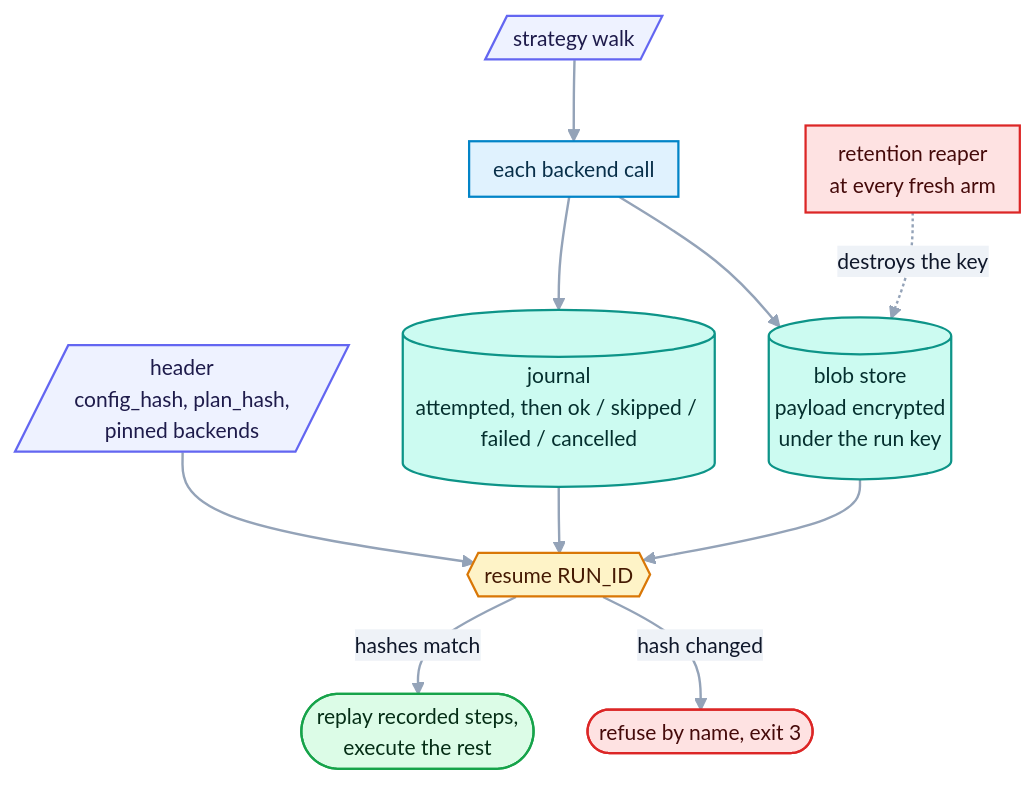
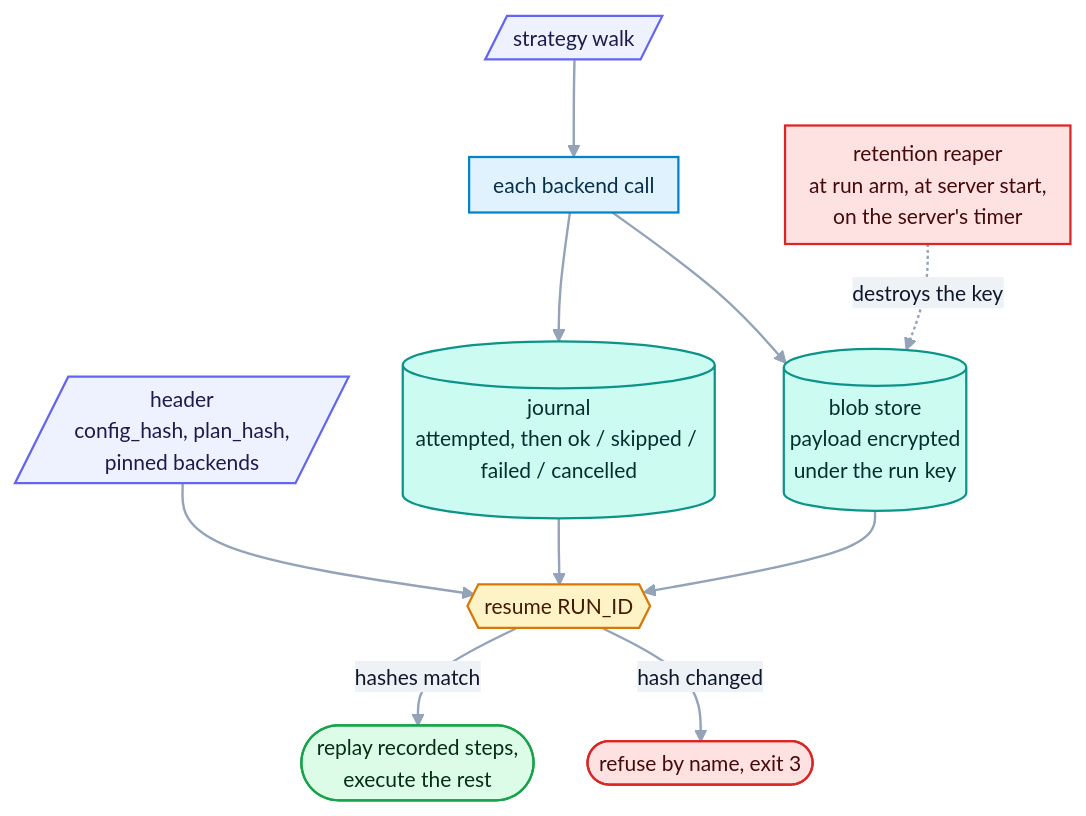
The diagram in src/openreading/ledger/README.md (openreading-ai/openreading-core), drawn with Mermaid before and after one commit. The commit also changed other lines of this file and 142 other files, not shown here.

````diff
--- a/src/openreading/ledger/README.md
+++ b/src/openreading/ledger/README.md
@@ -33,22 +36,22 @@
 ```mermaid
 %%{init: {"theme":"base","themeVariables":{"fontFamily":"ui-sans-serif, system-ui, -apple-system, Segoe UI, Roboto, sans-serif","fontSize":"14px","lineColor":"#94a3b8","textColor":"#334155","primaryTextColor":"#0f172a","edgeLabelBackground":"#eef2f7","clusterBkg":"#f8fafc","clusterBorder":"#cbd5e1","titleColor":"#334155"},"flowchart":{"curve":"basis","nodeSpacing":36,"rankSpacing":44,"padding":8,"useMaxWidth":true}}}%%
 flowchart TD
   W[/"strategy walk"/]:::src --> X["each backend call"]:::work
   X --> J[("journal<br>attempted, then ok / skipped / failed / cancelled")]:::store
   X --> B[("blob store<br>payload encrypted<br>under the run key")]:::store
   H[/"header<br>config_hash, plan_hash,<br>pinned backends"/]:::src --> R
   J --> R{{"resume RUN_ID"}}:::gate
   B --> R
   R -- "hashes match" --> P(["replay recorded steps,<br>execute the rest"]):::good
   R -- "hash changed" --> F(["refuse by name, exit 3"]):::bad
-  K["retention reaper<br>at every fresh arm"]:::bad -. "destroys the key" .-> B
+  K["retention reaper<br>at run arm, at server start,<br>on the server's timer"]:::bad -. "destroys the key" .-> B
   classDef src fill:#eef2ff,stroke:#6366f1,stroke-width:1.5px,color:#1e1b4b;
   classDef work fill:#e0f2fe,stroke:#0284c7,stroke-width:1.5px,color:#082f49;
   classDef gate fill:#fef3c7,stroke:#d97706,stroke-width:1.5px,color:#451a03;
   classDef good fill:#dcfce7,stroke:#16a34a,stroke-width:1.5px,color:#052e16;
   classDef bad fill:#fee2e2,stroke:#dc2626,stroke-width:1.5px,color:#450a0a;
   classDef store fill:#ccfbf1,stroke:#0d9488,stroke-width:1.5px,color:#042f2e;
   classDef out fill:#f3e8ff,stroke:#9333ea,stroke-width:1.5px,color:#3b0764;
   classDef hero fill:#1e293b,stroke:#94a3b8,stroke-width:2px,color:#f8fafc;
   linkStyle default stroke-width:1.6px;
 ```
````
